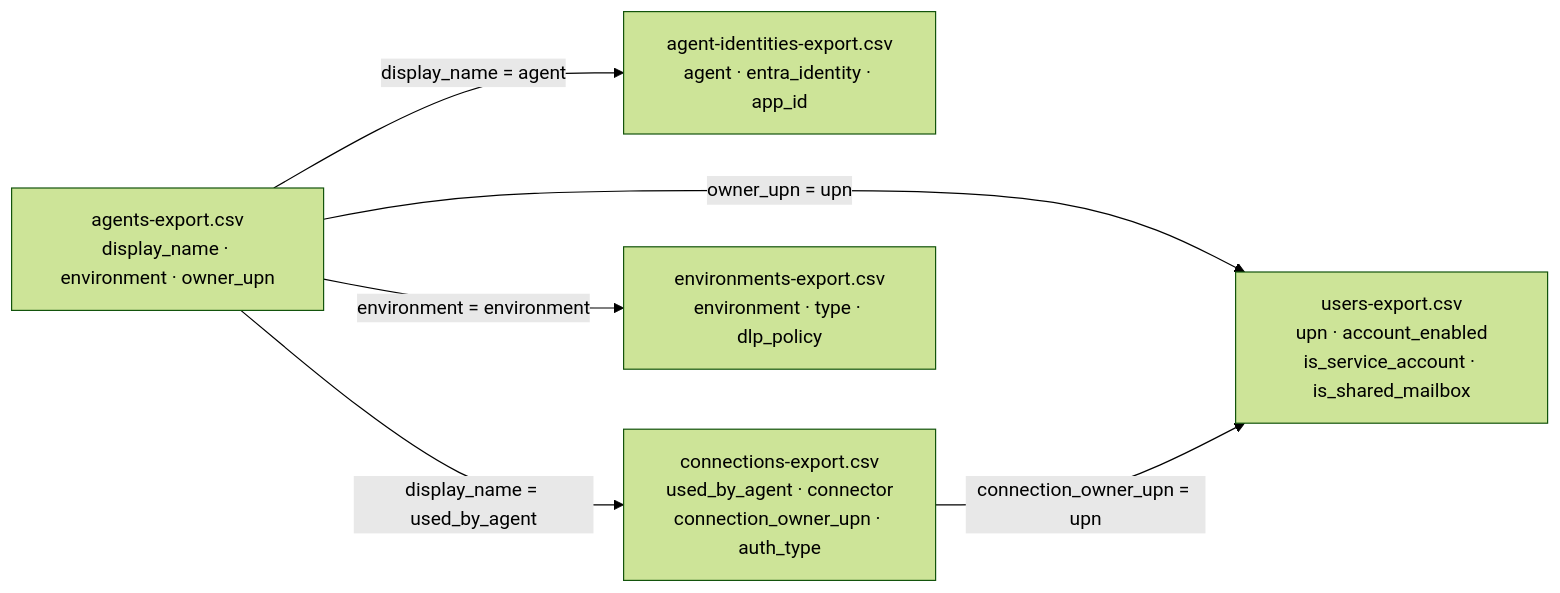
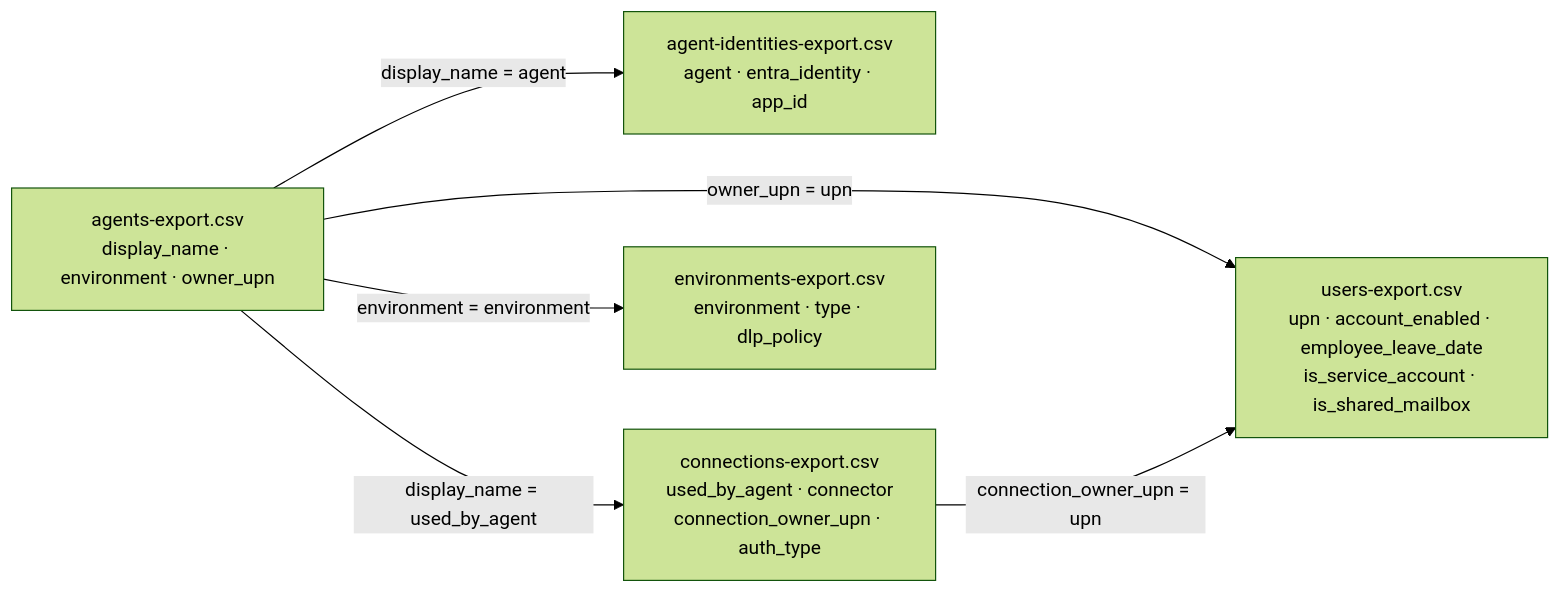
Before and after one commit to solliancenet/copilot-studio-shadow-agents-workshop: the diagram in docs/02_discover_and_inventory/02_02.md, drawn with Mermaid (forest theme). The commit also changed other lines of this file and 13 other files, not shown here.

````diff
--- a/docs/02_discover_and_inventory/02_02.md
+++ b/docs/02_discover_and_inventory/02_02.md
@@ -56,14 +56,14 @@
 ```mermaid
 graph LR
   A[agents-export.csv<br/>display_name · environment · owner_upn]
   I[agent-identities-export.csv<br/>agent · entra_identity · app_id]
   C[connections-export.csv<br/>used_by_agent · connector<br/>connection_owner_upn · auth_type]
-  U[users-export.csv<br/>upn · account_enabled<br/>is_service_account · is_shared_mailbox]
+  U[users-export.csv<br/>upn · account_enabled · employee_leave_date<br/>is_service_account · is_shared_mailbox]
   E[environments-export.csv<br/>environment · type · dlp_policy]
 
   A -- "display_name = agent" --> I
   A -- "display_name = used_by_agent" --> C
   A -- "owner_upn = upn" --> U
   A -- "environment = environment" --> E
   C -- "connection_owner_upn = upn" --> U
 ```
````
